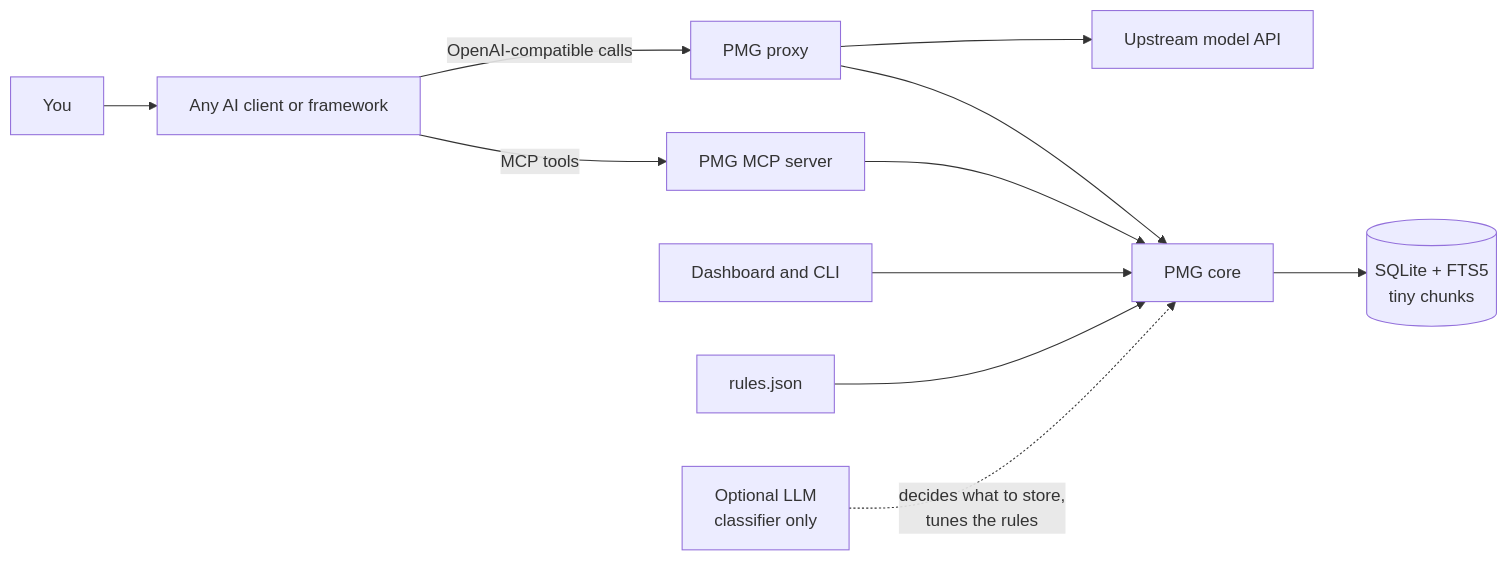
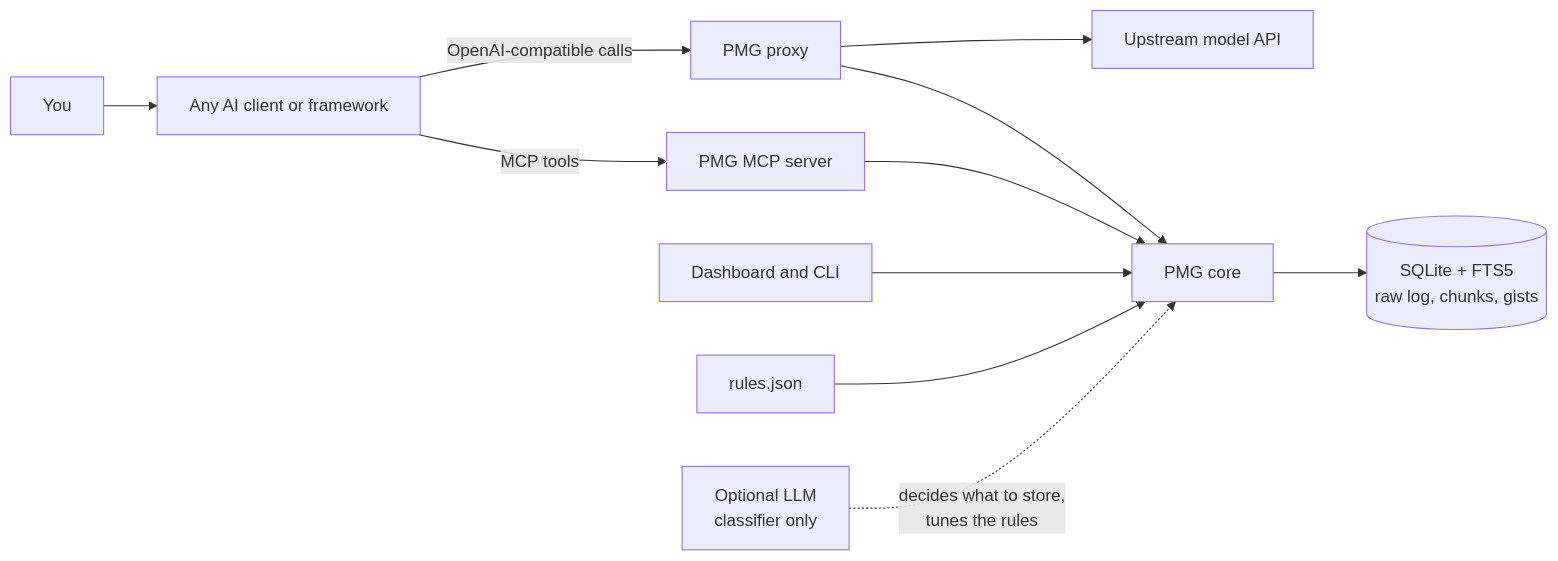
One commit to sseraladen-svg/Persistent-Memory-Gateway-PMG changed the first of 4 diagrams in README.md. Above: the diagram before and after it, drawn with Mermaid. The commit also changed other lines of this file and 5 other files, not shown here.

First line of the commit message:
Docs: new README with how-it-works diagrams and measured results; HOW_IT_WORKS and CONTRIBUTING

````diff
--- a/README.md
+++ b/README.md
@@ -57,13 +59,13 @@
 ```mermaid
 flowchart LR
     U[You] --> C[Any AI client or framework]
     C -- "MCP tools" --> M[PMG MCP server]
     C -- "OpenAI-compatible calls" --> P[PMG proxy]
     D[Dashboard and CLI] --> K
     M --> K[PMG core]
     P --> K
-    K --> S[(SQLite + FTS5<br/>tiny chunks)]
+    K --> S[(SQLite + FTS5<br/>raw log, chunks, gists)]
     R[rules.json] --> K
     L[Optional LLM<br/>classifier only] -. "decides what to store,<br/>tunes the rules" .-> K
     P --> UP[Upstream model API]
 ```
````
